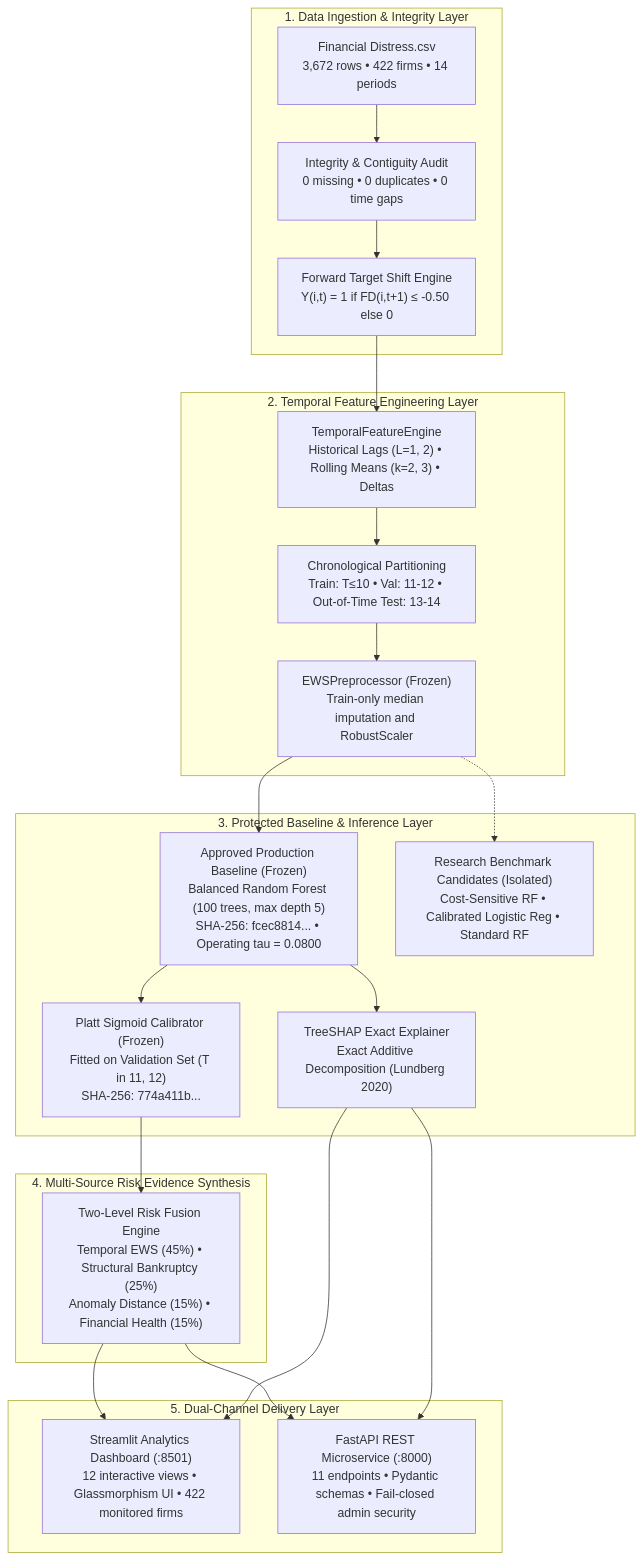
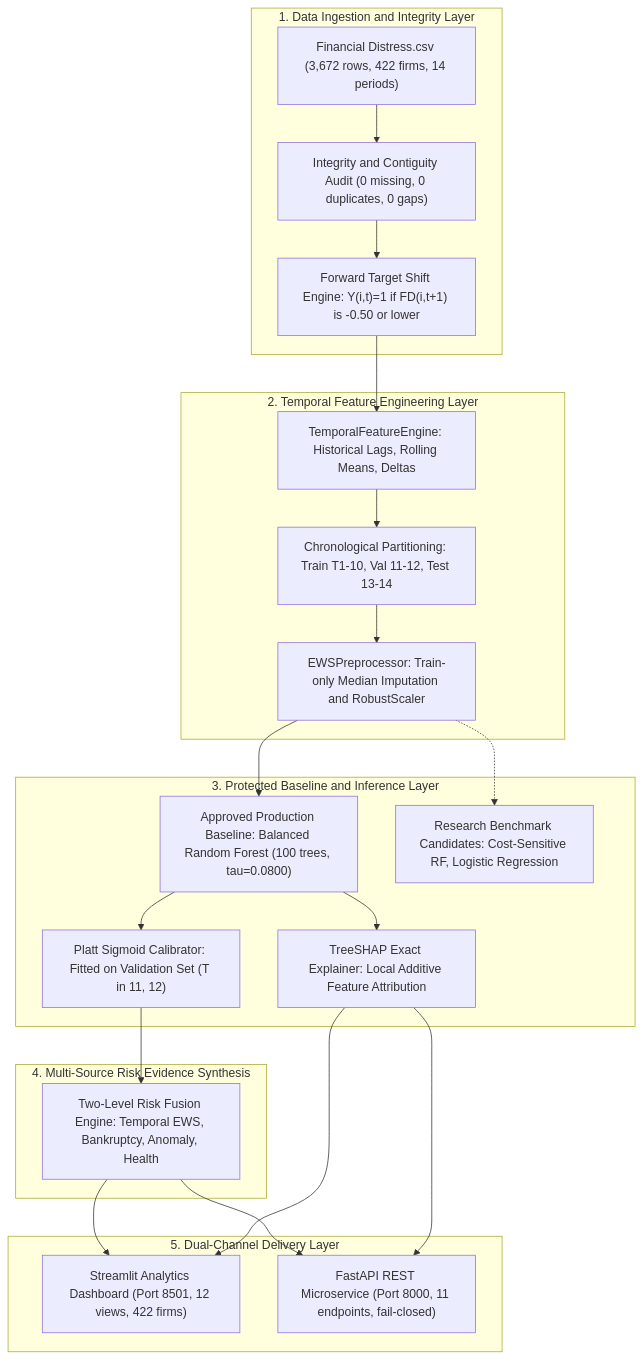
One commit to PrajwalGN1/-Explainable-Multi-Source-Financial-Distress-Early-Warning-Risk-Intelligence-System changed the diagram in README.md. Above: the diagram before and after it, drawn with Mermaid.

Commit message:
docs: use ultra-compatible ASCII syntax for Mermaid architecture diagram

````diff
--- a/README.md
+++ b/README.md
@@ -106,31 +106,31 @@
 ```mermaid
-flowchart TD
-    subgraph Data_Pipeline ["1. Data Ingestion & Integrity Layer"]
-        RAW["Financial Distress.csv<br/>3,672 rows • 422 firms • 14 periods"] --> AUDIT["Integrity & Contiguity Audit<br/>0 missing • 0 duplicates • 0 time gaps"]
-        AUDIT --> TGT["Forward Target Shift Engine<br/>Y(i,t) = 1 if FD(i,t+1) &le; -0.50 else 0"]
+graph TD
+    subgraph Data_Pipeline [1. Data Ingestion and Integrity Layer]
+        RAW["Financial Distress.csv (3,672 rows, 422 firms, 14 periods)"] --> AUDIT["Integrity and Contiguity Audit (0 missing, 0 duplicates, 0 gaps)"]
+        AUDIT --> TGT["Forward Target Shift Engine: Y(i,t)=1 if FD(i,t+1) is -0.50 or lower"]
     end
 
-    subgraph Feature_Pipeline ["2. Temporal Feature Engineering Layer"]
-        TGT --> FE["TemporalFeatureEngine<br/>Historical Lags (L=1, 2) • Rolling Means (k=2, 3) • Deltas"]
-        FE --> SPLIT["Chronological Partitioning<br/>Train: T&le;10 • Val: 11-12 • Out-of-Time Test: 13-14"]
-        SPLIT --> SCALER["EWSPreprocessor (Frozen)<br/>Train-only median imputation and RobustScaler"]
+    subgraph Feature_Pipeline [2. Temporal Feature Engineering Layer]
+        TGT --> FE["TemporalFeatureEngine: Historical Lags, Rolling Means, Deltas"]
+        FE --> SPLIT["Chronological Partitioning: Train T1-10, Val 11-12, Test 13-14"]
+        SPLIT --> SCALER["EWSPreprocessor: Train-only Median Imputation and RobustScaler"]
     end
 
-    subgraph Modeling_Layer ["3. Protected Baseline & Inference Layer"]
-        SCALER --> BASELINE["Approved Production Baseline (Frozen)<br/>Balanced Random Forest (100 trees, max depth 5)<br/>SHA-256: fcec8814... • Operating tau = 0.0800"]
-        BASELINE --> CALIB["Platt Sigmoid Calibrator (Frozen)<br/>Fitted on Validation Set (T in 11, 12)<br/>SHA-256: 774a411b..."]
-        SCALER -.-> CANDIDATE["Research Benchmark Candidates (Isolated)<br/>Cost-Sensitive RF • Calibrated Logistic Reg • Standard RF"]
-        BASELINE --> SHAP["TreeSHAP Exact Explainer<br/>Exact Additive Decomposition (Lundberg 2020)"]
+    subgraph Modeling_Layer [3. Protected Baseline and Inference Layer]
+        SCALER --> BASELINE["Approved Production Baseline: Balanced Random Forest (100 trees, tau=0.0800)"]
+        BASELINE --> CALIB["Platt Sigmoid Calibrator: Fitted on Validation Set (T in 11, 12)"]
+        SCALER -.-> CANDIDATE["Research Benchmark Candidates: Cost-Sensitive RF, Logistic Regression"]
+        BASELINE --> SHAP["TreeSHAP Exact Explainer: Local Additive Feature Attribution"]
     end
 
-    subgraph Multi_Source_Fusion ["4. Multi-Source Risk Evidence Synthesis"]
-        CALIB --> FUSE["Two-Level Risk Fusion Engine<br/>Temporal EWS (45%) • Structural Bankruptcy (25%)<br/>Anomaly Distance (15%) • Financial Health (15%)"]
+    subgraph Multi_Source_Fusion [4. Multi-Source Risk Evidence Synthesis]
+        CALIB --> FUSE["Two-Level Risk Fusion Engine: Temporal EWS, Bankruptcy, Anomaly, Health"]
     end
 
-    subgraph Delivery_Layer ["5. Dual-Channel Delivery Layer"]
-        FUSE --> STREAMLIT["Streamlit Analytics Dashboard (:8501)<br/>12 interactive views • Glassmorphism UI • 422 monitored firms"]
+    subgraph Delivery_Layer [5. Dual-Channel Delivery Layer]
+        FUSE --> STREAMLIT["Streamlit Analytics Dashboard (Port 8501, 12 views, 422 firms)"]
         SHAP --> STREAMLIT
-        FUSE --> FASTAPI["FastAPI REST Microservice (:8000)<br/>11 endpoints • Pydantic schemas • Fail-closed admin security"]
+        FUSE --> FASTAPI["FastAPI REST Microservice (Port 8000, 11 endpoints, fail-closed)"]
         SHAP --> FASTAPI
     end
 ```
````
